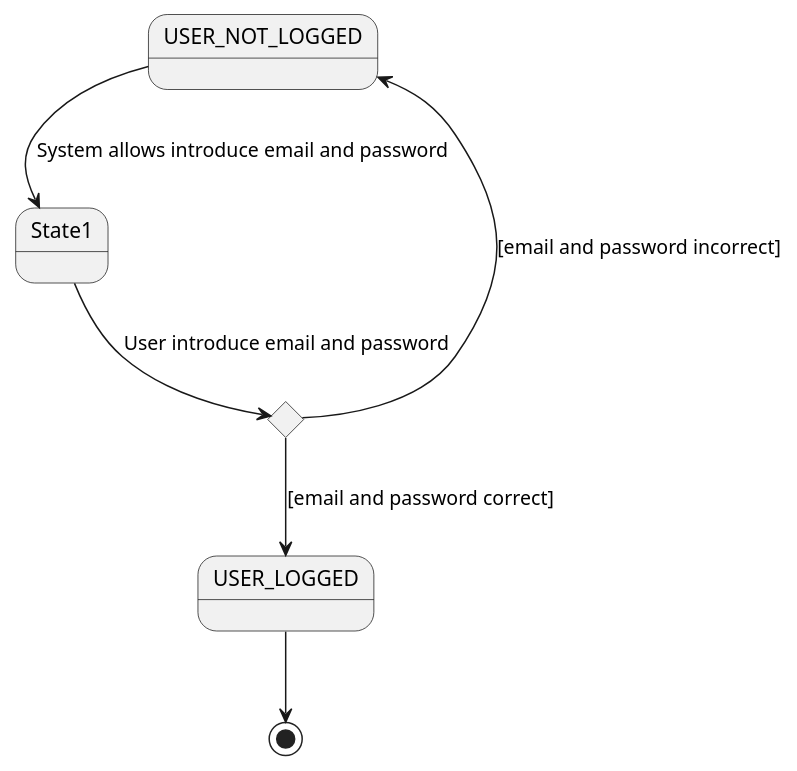
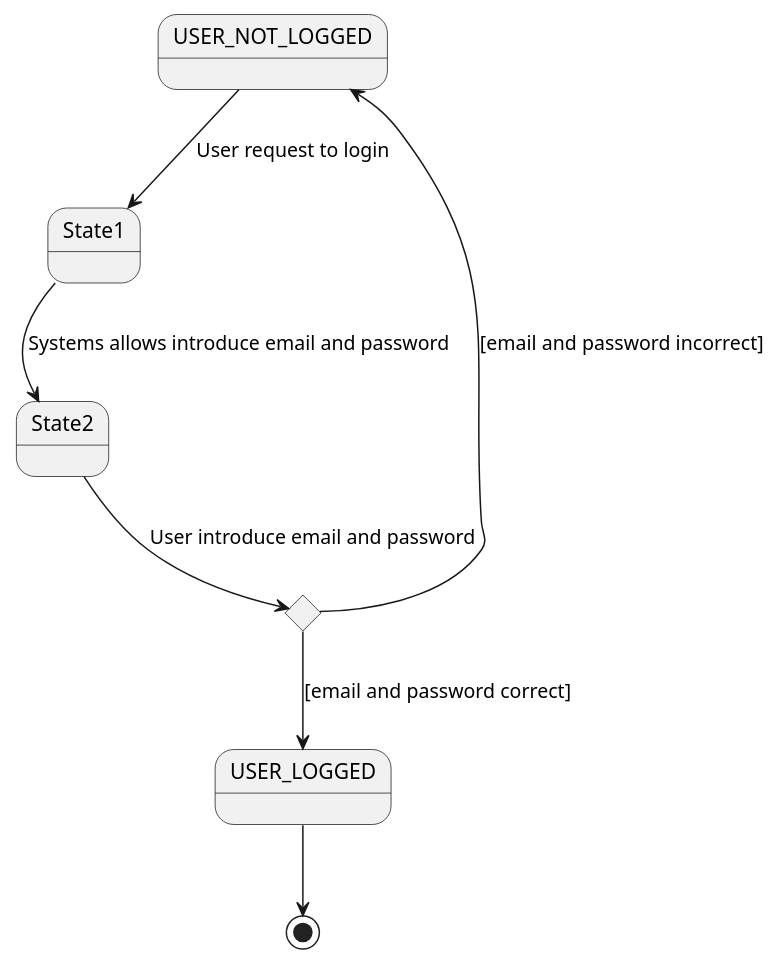
One commit to nataliacasanova/analesdelaciencia changed the fourth of 7 diagrams in index.adoc. Above: the diagram before and after it, drawn with PlantUML. The commit also changed other lines of this file and 33 other files, not shown here.

```diff
--- a/index.adoc
+++ b/index.adoc
@@ -166,15 +168,16 @@
 [plantuml, loginUseCase, svg]
 ....
 
 
-USER_NOT_LOGGED -down-> State1 : System allows introduce email and password
+USER_NOT_LOGGED -down-> State1 : User request to login
 
 state c <<choice>>
 
-State1 --> c : User introduce email and password
-c --> USER_NOT_LOGGED : [email and password incorrect]
+State1 --> State2 : Systems allows introduce email and password
+State2 --> c : User introduce email and password
+c -up-> USER_NOT_LOGGED : [email and password incorrect]
 c --> USER_LOGGED : [email and password correct]
 
 USER_LOGGED --> [*]
 
 ....
```
